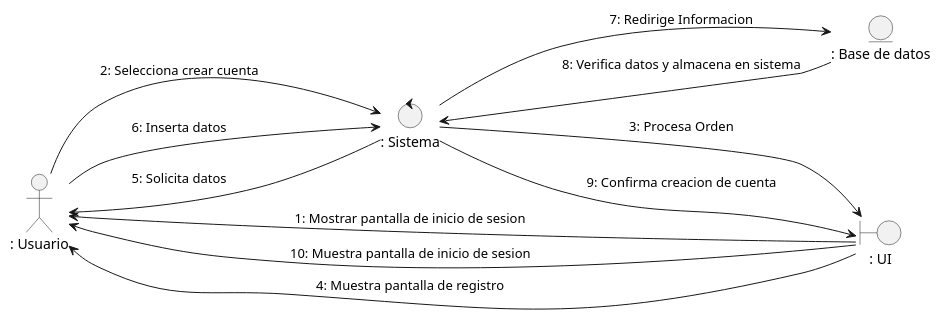
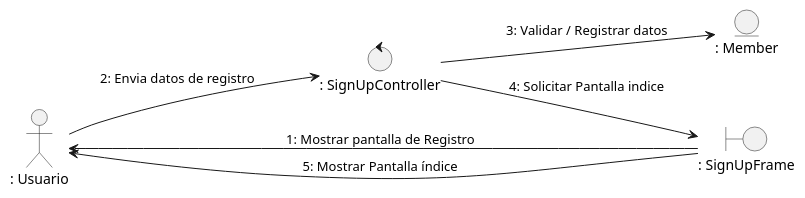
The diagram in docs/logicalView/analysisView/usecaseAnalysis/collaborationDiagram/PlantUML/uc1_signUp.plantuml (Danfloca02/ProyectoFacUpdate), drawn with PlantUML before and after one commit. The commit also changed 7 other files, not shown here.

Commit message:
Collaboration diagrams update

```diff
--- a/docs/logicalView/analysisView/usecaseAnalysis/collaborationDiagram/PlantUML/uc1_signUp.plantuml
+++ b/docs/logicalView/analysisView/usecaseAnalysis/collaborationDiagram/PlantUML/uc1_signUp.plantuml
@@ -1,22 +1,17 @@
 @startuml uc1_signUp
 
 left to right direction
 
 actor ": Usuario" as user
 
-entity ": Base de datos" as mod
-boundary ": UI" as vis
-control ": Sistema" as con
+entity ": Member" as mod
+boundary ": SignUpFrame" as vis
+control ": SignUpController" as con
 
-vis --> user : 1: Mostrar pantalla de inicio de sesion
-vis --> user : 10: Muestra pantalla de inicio de sesion
-user --> con : 2: Selecciona crear cuenta
-con --> vis : 3: Procesa Orden
-vis --> user : 4: Muestra pantalla de registro
-con --> user : 5: Solicita datos
-user --> con : 6: Inserta datos
-con --> mod : 7: Redirige Informacion
-mod --> con : 8: Verifica datos y almacena en sistema
-con --> vis : 9: Confirma creacion de cuenta
+vis --> user : 1: Mostrar pantalla de Registro
+user --> con : 2: Envia datos de registro
+con --> mod : 3: Validar / Registrar datos
+con --> vis : 4: Solicitar Pantalla indice
+vis --> user : 5: Mostrar Pantalla índice
 
 @enduml
```
